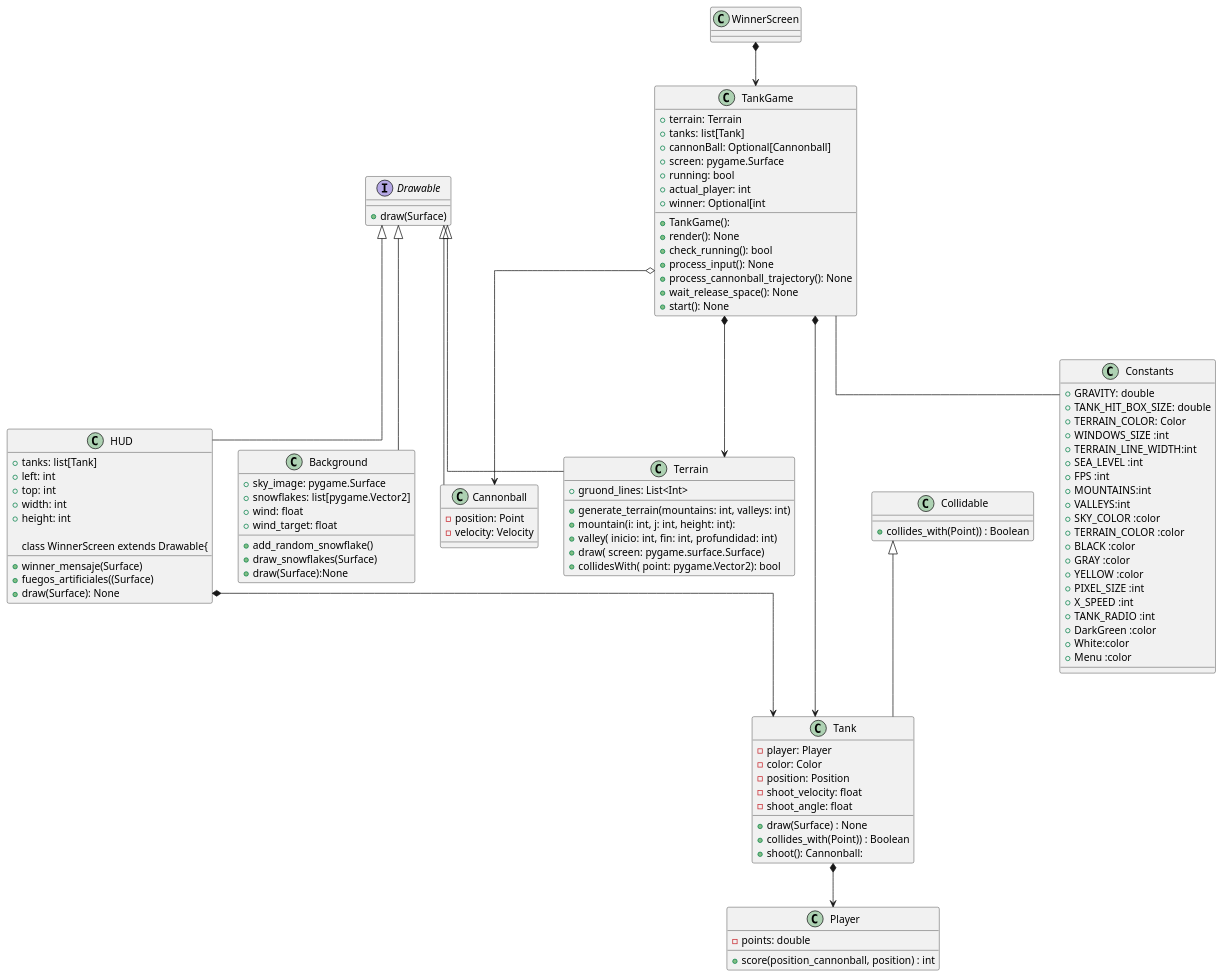
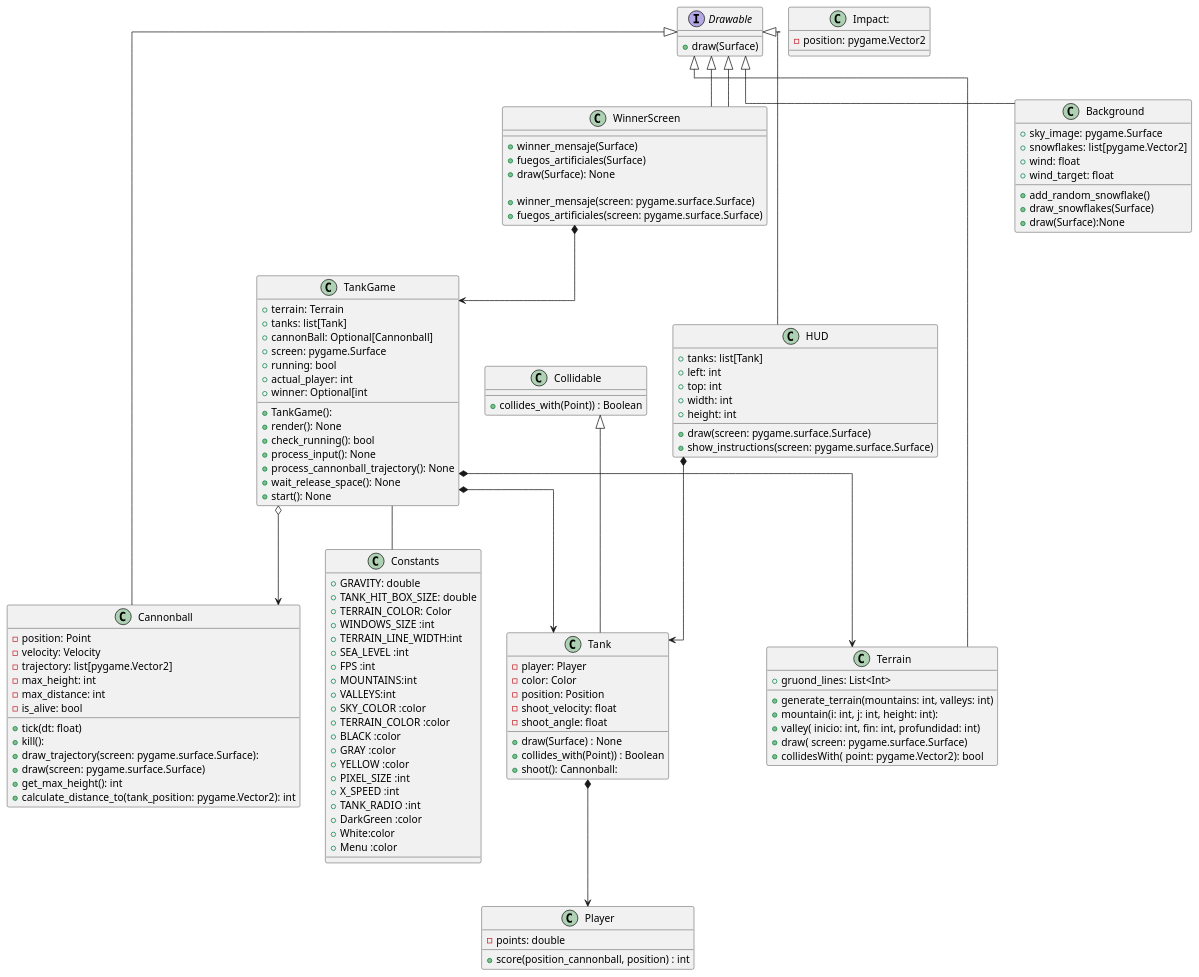
Before and after one commit to fraco-oxza/tankGame: the diagram in uml/entire.plantuml, drawn with PlantUML. The commit also changed 1 other file, not shown here.

Commit message:
mejoras UML

```diff
--- a/uml/entire.plantuml
+++ b/uml/entire.plantuml
@@ -1,120 +1,147 @@
 @startuml
 
 top to bottom direction
 skinparam linetype ortho
 
 ' Fco
 class TankGame {
     + terrain: Terrain
     + tanks: list[Tank]
     + cannonBall: Optional[Cannonball]
     + screen: pygame.Surface
     + running: bool
     + actual_player: int
     + winner: Optional[int
 
     + TankGame():
     + render(): None
     + check_running(): bool
     + process_input(): None
     + process_cannonball_trajectory(): None
     + wait_release_space(): None
     + start(): None
 
 }
 
 class Cannonball extends Drawable {
     - position: Point
     - velocity: Velocity
+    - trajectory: list[pygame.Vector2]
+    - max_height: int
+    - max_distance: int
+    - is_alive: bool
+
+    +tick(dt: float)
+    +kill():
+    +draw_trajectory(screen: pygame.surface.Surface):
+    +draw(screen: pygame.surface.Surface)
+    +get_max_height(): int
+    +calculate_distance_to(tank_position: pygame.Vector2): int
+
+
+
 }
 
 interface Drawable {
     + draw(Surface)
 }
 
 class HUD extends Drawable{
     + tanks: list[Tank]
     + left: int
     + top: int
     + width: int
     + height: int
+ +draw(screen: pygame.surface.Surface)
+ +show_instructions(screen: pygame.surface.Surface)
 
+ }
 class WinnerScreen extends Drawable{
     +winner_mensaje(Surface)
-    +fuegos_artificiales((Surface)
+    +fuegos_artificiales(Surface)
     +draw(Surface): None
 
 }
 
 class Terrain extends Drawable {
     +gruond_lines: List<Int>
 
     + generate_terrain(mountains: int, valleys: int)
     +mountain(i: int, j: int, height: int):
     +valley( inicio: int, fin: int, profundidad: int)
     +draw( screen: pygame.surface.Surface)
     +collidesWith( point: pygame.Vector2): bool
 }
 class Collidable {
  +collides_with(Point)) : Boolean
 }
 
 class Background extends Drawable{
     +sky_image: pygame.Surface
     +snowflakes: list[pygame.Vector2]
     +wind: float
     +wind_target: float
 
     + add_random_snowflake()
     + draw_snowflakes(Surface)
     +draw(Surface):None
 }
 class Tank extends Collidable  {
     - player: Player
     - color: Color
     - position: Position
     -shoot_velocity: float
     -shoot_angle: float
 
     +draw(Surface) : None
     +collides_with(Point)) : Boolean
     +shoot(): Cannonball:
 }
 
 class Player {
     - points: double
     +score(position_cannonball, position) : int
 }
+class WinnerScreen extends Drawable
+{
+    +winner_mensaje(screen: pygame.surface.Surface)
+    +fuegos_artificiales(screen: pygame.surface.Surface)
+}
+class Impact:
+{
+    -position: pygame.Vector2
+
+}
 
 class Constants {
     + GRAVITY: double
     + TANK_HIT_BOX_SIZE: double
     + TERRAIN_COLOR: Color
     + WINDOWS_SIZE :int
     + TERRAIN_LINE_WIDTH:int
     + SEA_LEVEL :int
     + FPS :int
     +MOUNTAINS:int
     +VALLEYS:int
     +SKY_COLOR :color
     +TERRAIN_COLOR :color
     +BLACK :color
     +GRAY :color
     +YELLOW :color
     +PIXEL_SIZE :int
     +X_SPEED :int
     +TANK_RADIO :int
     +DarkGreen :color
     +White:color
     +Menu :color
 }
 
 TankGame -- Constants
 WinnerScreen *-->  TankGame
 TankGame *--> Tank
 TankGame o--> Cannonball
 TankGame *--> Terrain
 Tank *--> Player
 HUD *--> Tank
 
 @enduml
```
